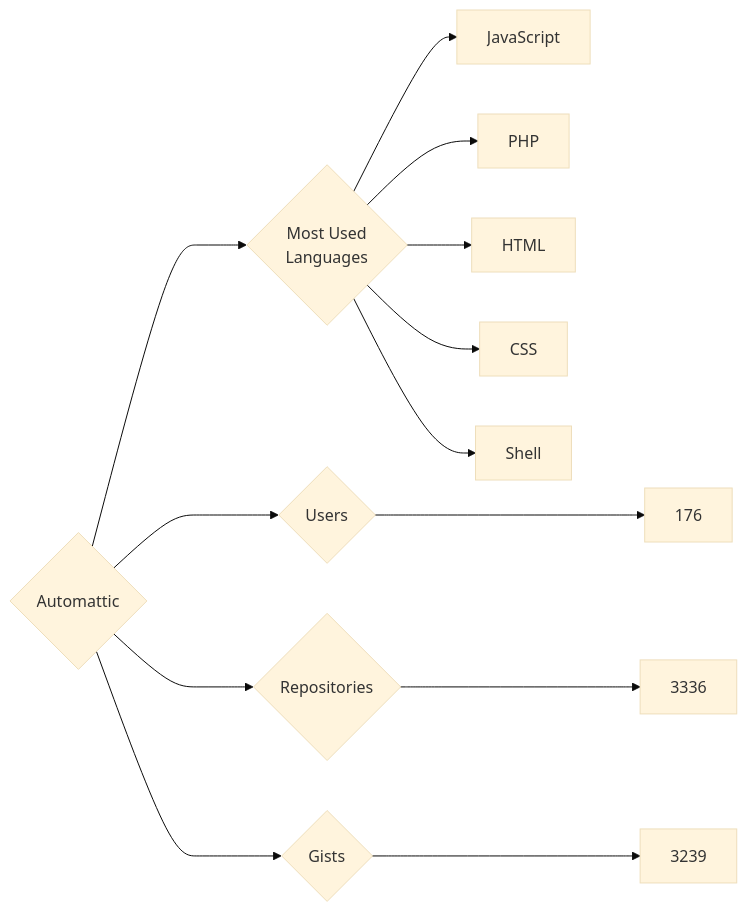
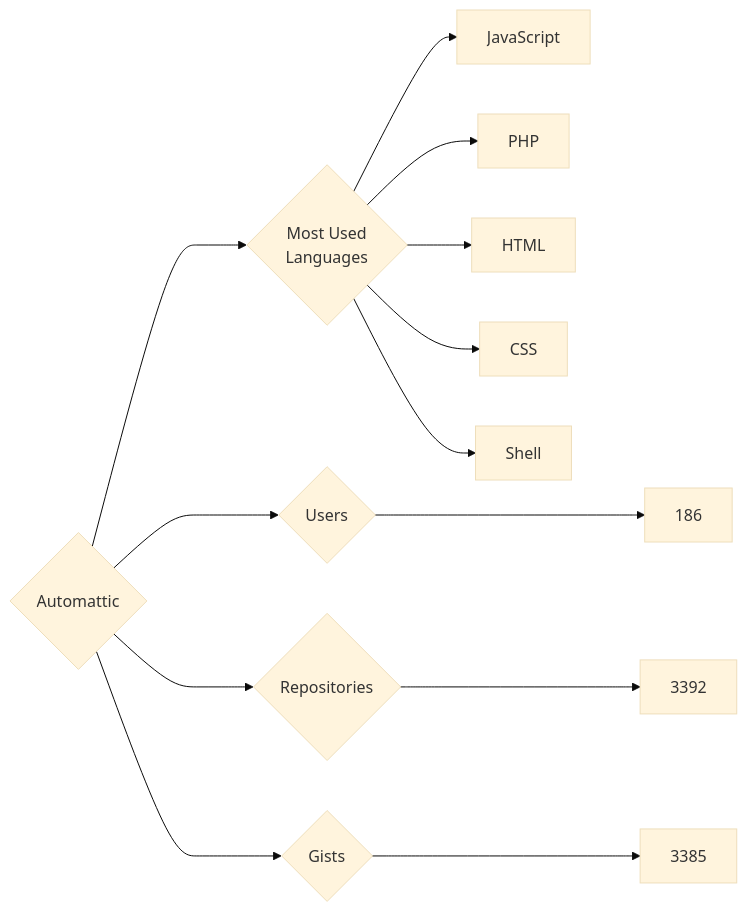
One commit to trickest/insiders changed the diagram in targets/Automattic/README.md. Above: the diagram before and after it, drawn with Mermaid (base theme). The commit also changed 553 other files, not shown here.

````diff
--- a/targets/Automattic/README.md
+++ b/targets/Automattic/README.md
@@ -3,13 +3,13 @@
 ```mermaid
 graph LR
 COMPANY_NAME{Automattic}
-COMPANY_NAME ---> U{Users} ---> UN[176]
-COMPANY_NAME ---> R{Repositories} ---> RN[3336]
-COMPANY_NAME ---> G{Gists} ---> GN[3239]
+COMPANY_NAME ---> U{Users} ---> UN[186]
+COMPANY_NAME ---> R{Repositories} ---> RN[3392]
+COMPANY_NAME ---> G{Gists} ---> GN[3385]
 COMPANY_NAME ---> ML{Most Used<br>Languages}
 ML --> JavaScript[JavaScript]
 ML --> PHP[PHP]
 ML --> HTML[HTML]
 ML --> CSS[CSS]
 ML --> Shell[Shell]
 ```
````
